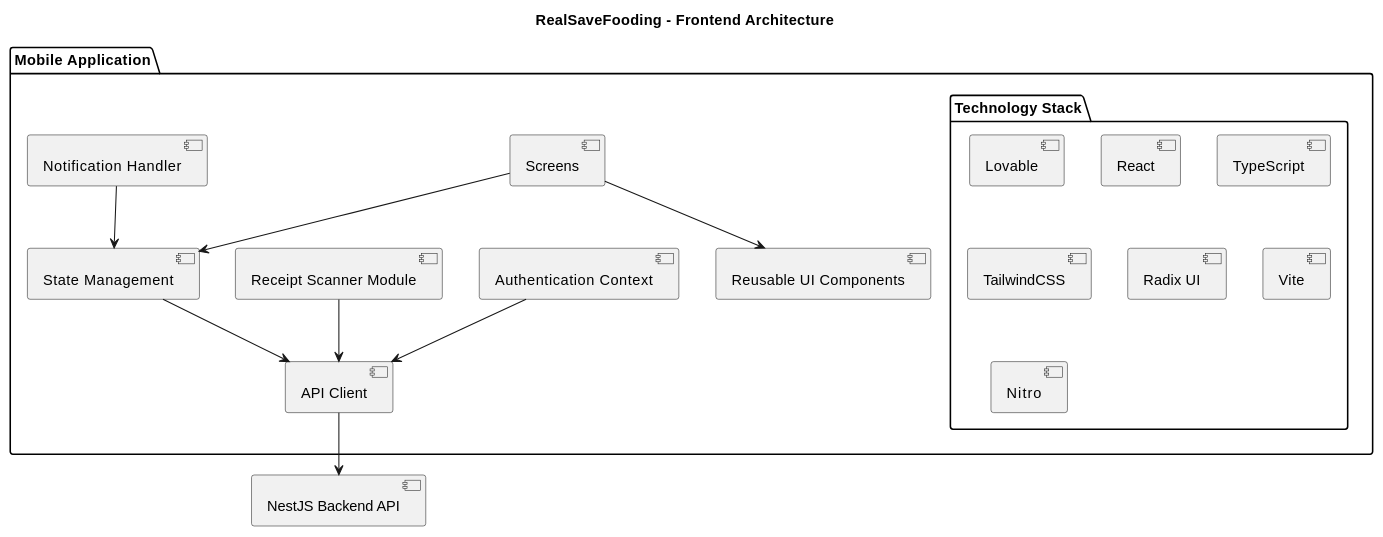
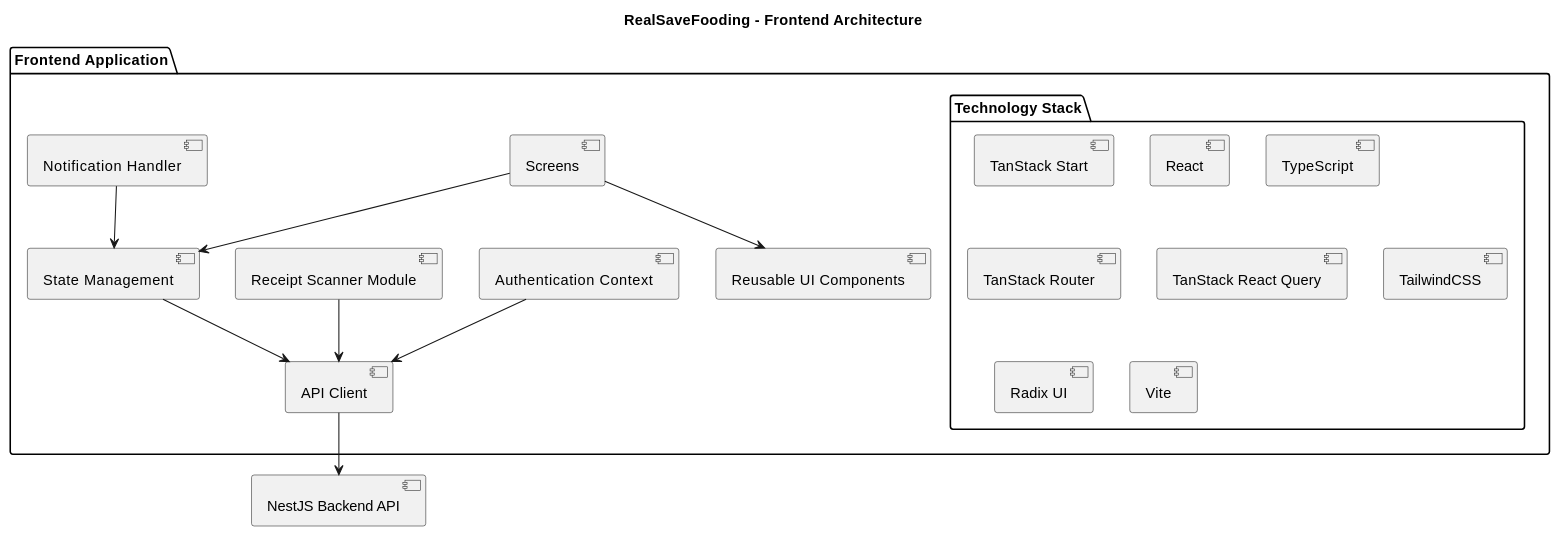
One commit to LIDR-academy/AI4Devs-finalproject changed the first of 6 diagrams in docs/architecture/architecture.md. Above: the diagram before and after it, drawn with PlantUML. The commit also changed other lines of this file and 7 other files, not shown here.

Commit message:
Update architecture documentation to reflect TanStack Start integration and clarify frontend application references

````diff
--- a/docs/architecture/architecture.md
+++ b/docs/architecture/architecture.md
@@ -6,38 +6,39 @@
 ```plantuml
 @startuml
 title RealSaveFooding - Frontend Architecture
 
-package "Mobile Application" {
+package "Frontend Application" {
 
     [Screens] as Screens
     [Reusable UI Components] as Components
     [State Management] as State
     [API Client] as ApiClient
     [Authentication Context] as Auth
     [Receipt Scanner Module] as Scanner
     [Notification Handler] as Notifications
 
     package "Technology Stack" {
-        [Lovable]
+        [TanStack Start]
         [React]
         [TypeScript]
+        [TanStack Router]
+        [TanStack React Query]
         [TailwindCSS]
         [Radix UI]
         [Vite]
-        [Nitro]
     }
 
     Screens --> Components
     Screens --> State
 
     Scanner --> ApiClient
     Notifications --> State
 
     State --> ApiClient
     Auth --> ApiClient
 }
 
 ApiClient --> [NestJS Backend API]
 
 @enduml
 ```
````
